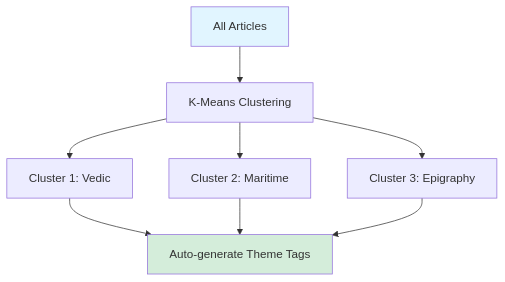
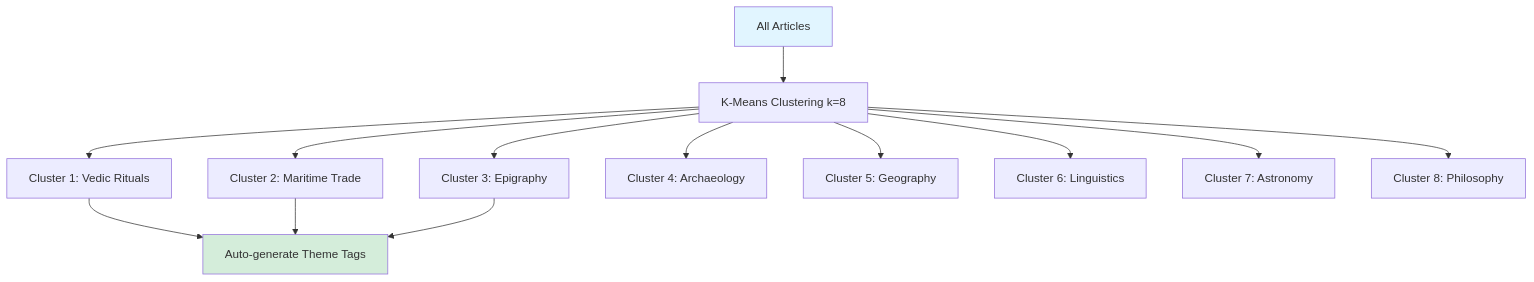
Before and after one commit to dhruvrakesh/srangam-42267: the tenth of 10 diagrams in docs/architecture/CROSS_REFERENCE_SYSTEM.md, drawn with Mermaid. The commit also changed other lines of this file and 3 other files, not shown here.

````diff
--- a/docs/architecture/CROSS_REFERENCE_SYSTEM.md
+++ b/docs/architecture/CROSS_REFERENCE_SYSTEM.md
@@ -299,14 +665,19 @@
 ```mermaid
 graph TD
-    A[All Articles] --> B[K-Means Clustering]
-    B --> C[Cluster 1: Vedic]
-    B --> D[Cluster 2: Maritime]
+    A[All Articles] --> B[K-Means Clustering k=8]
+    B --> C[Cluster 1: Vedic Rituals]
+    B --> D[Cluster 2: Maritime Trade]
     B --> E[Cluster 3: Epigraphy]
+    B --> F[Cluster 4: Archaeology]
+    B --> G[Cluster 5: Geography]
+    B --> H[Cluster 6: Linguistics]
+    B --> I[Cluster 7: Astronomy]
+    B --> J[Cluster 8: Philosophy]
     
-    C --> F[Auto-generate Theme Tags]
-    D --> F
-    E --> F
+    C --> K[Auto-generate Theme Tags]
+    D --> K
+    E --> K
     
     style A fill:#e1f5ff
-    style F fill:#d4edda
+    style K fill:#d4edda
 ```
````
